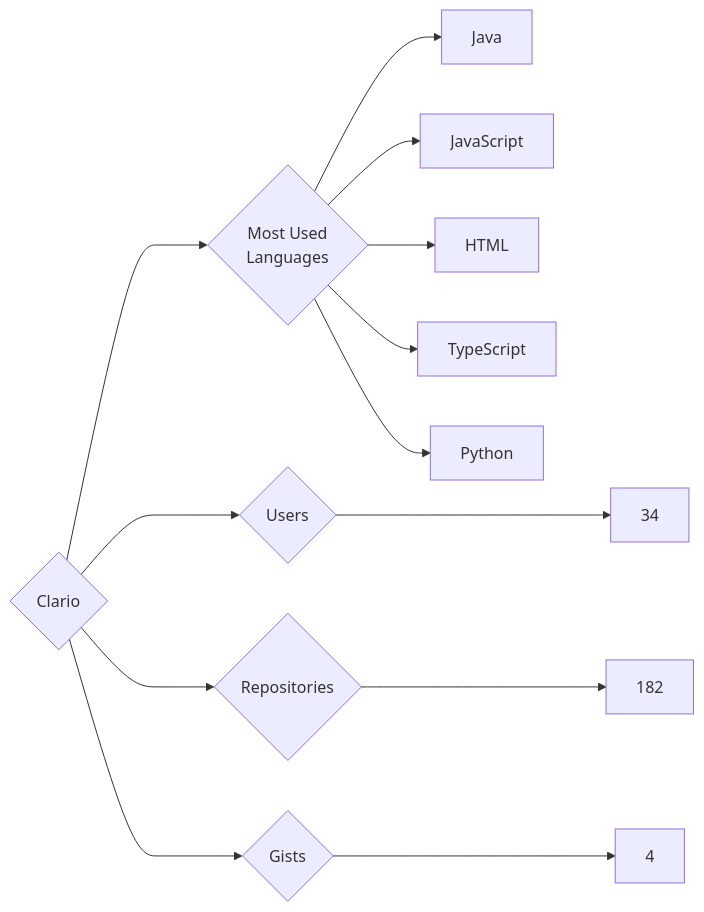
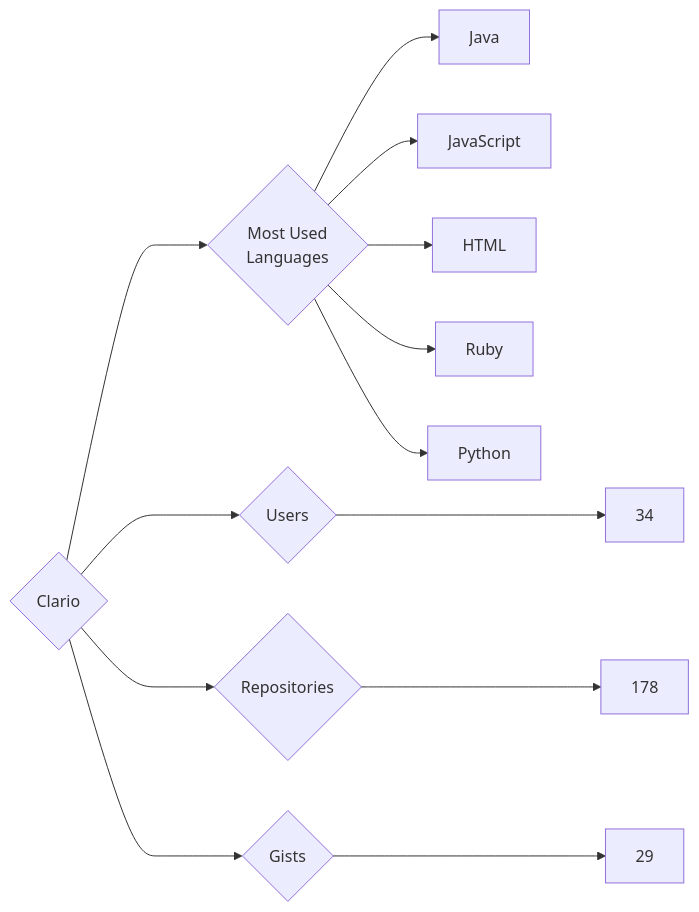
One commit to trickest/insiders changed the diagram in targets/Clario/README.md. Above: the diagram before and after it, drawn with Mermaid. The commit also changed 934 other files, not shown here.

````diff
--- a/targets/Clario/README.md
+++ b/targets/Clario/README.md
@@ -3,13 +3,13 @@
 ```mermaid
 graph LR
 COMPANY_NAME{Clario}
 COMPANY_NAME ---> U{Users} ---> UN[34]
-COMPANY_NAME ---> R{Repositories} ---> RN[182]
-COMPANY_NAME ---> G{Gists} ---> GN[4]
+COMPANY_NAME ---> R{Repositories} ---> RN[178]
+COMPANY_NAME ---> G{Gists} ---> GN[29]
 COMPANY_NAME ---> ML{Most Used<br>Languages}
 ML --> Java[Java]
 ML --> JavaScript[JavaScript]
 ML --> HTML[HTML]
-ML --> TypeScript[TypeScript]
+ML --> Ruby[Ruby]
 ML --> Python[Python]
 ```
````
